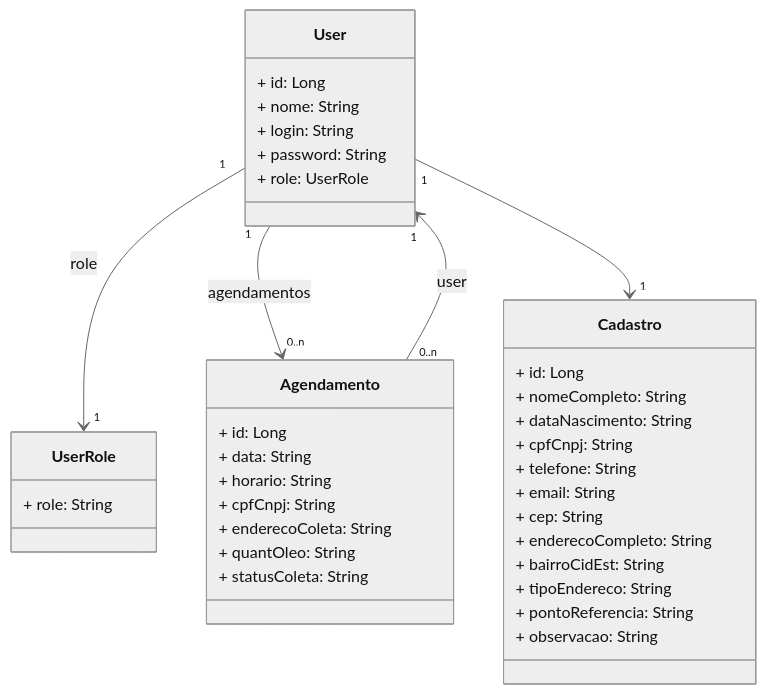
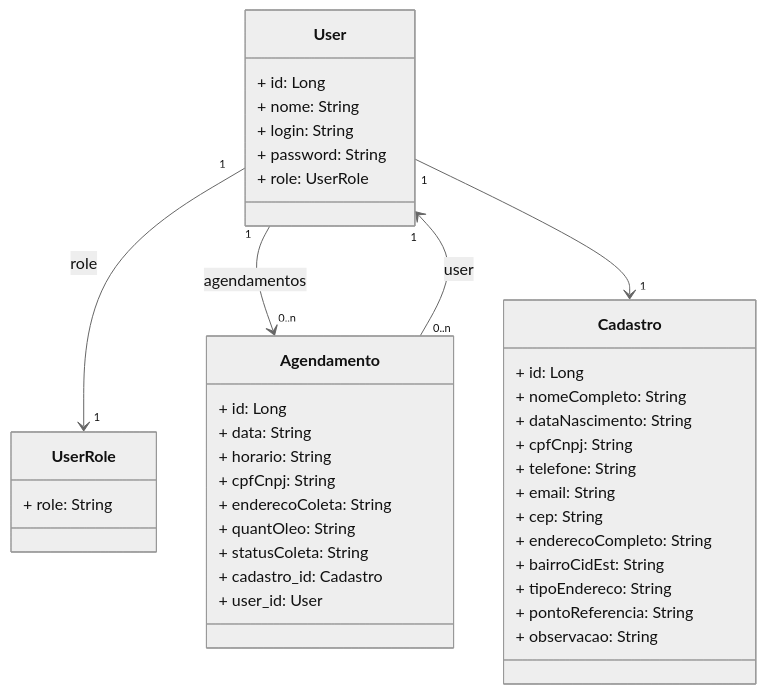
One commit to Luzielmalu/Projeto-final-AcademiaUFN-EcoSist changed the diagram in README.md. Above: the diagram before and after it, drawn with Mermaid (neutral theme).

````diff
--- a/README.md
+++ b/README.md
@@ -44,44 +44,46 @@
 ```mermaid
 classDiagram
     class User {
         + id: Long
         + nome: String
         + login: String
         + password: String
         + role: UserRole
     }
 
     class Cadastro {
         + id: Long
         + nomeCompleto: String
         + dataNascimento: String
         + cpfCnpj: String
         + telefone: String
         + email: String
         + cep: String
         + enderecoCompleto: String
         + bairroCidEst: String
         + tipoEndereco: String
         + pontoReferencia: String
         + observacao: String
     }
 
     class Agendamento {
         + id: Long
         + data: String
         + horario: String
         + cpfCnpj: String
         + enderecoColeta: String
         + quantOleo: String
         + statusColeta: String
+        + cadastro_id: Cadastro
+        + user_id: User
     }
 
     class UserRole {
         + role: String
     }
 
     User "1" --> "1" UserRole : role
     User "1" --> "0..n" Agendamento : agendamentos
     User "1" --> "1" Cadastro
     Agendamento "0..n" --> "1" User: user
    ```
````
